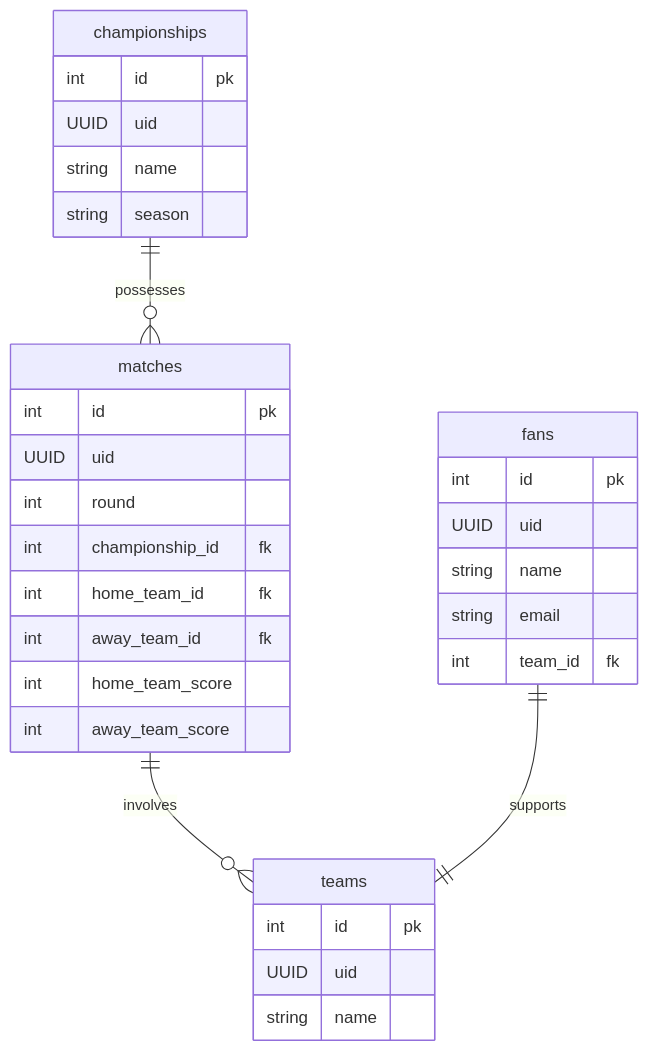
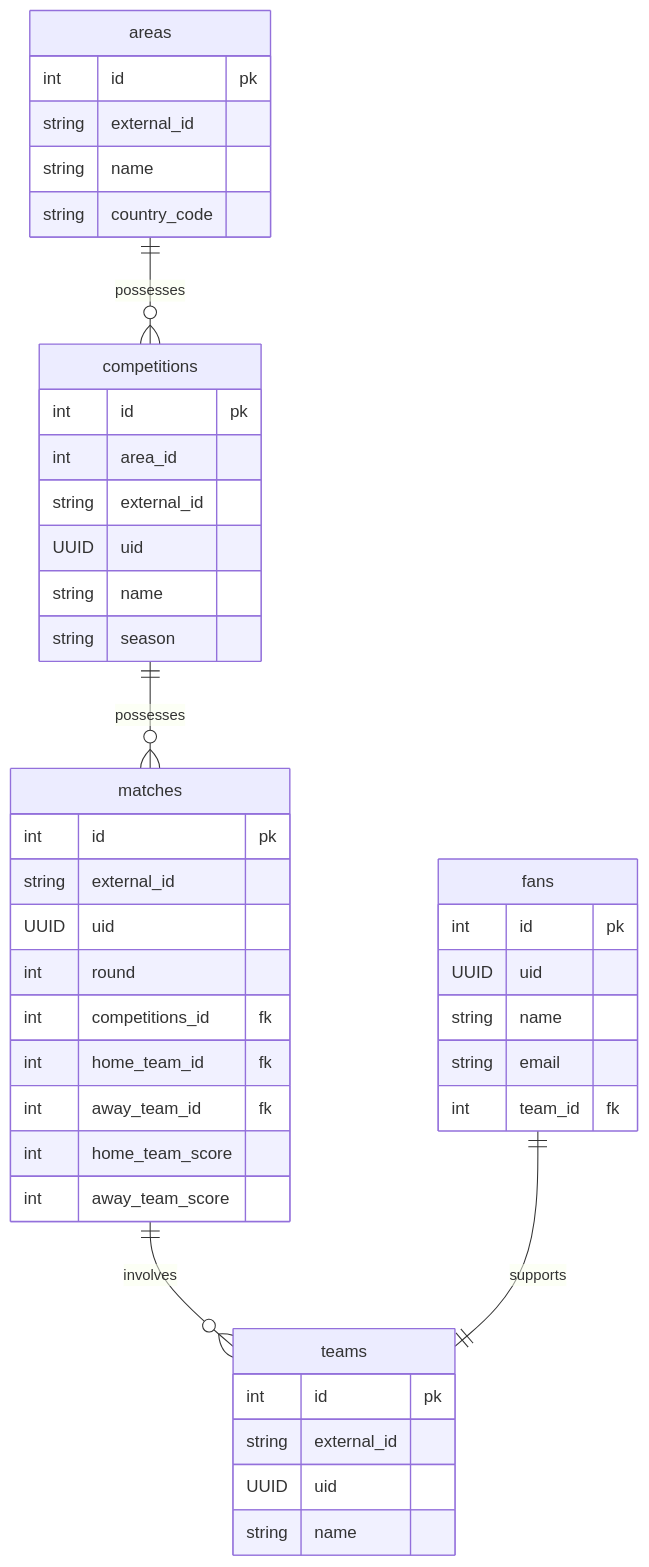
One commit to jtonynet/go-soccer-fan changed the diagram in README.md. Above: the diagram before and after it, drawn with Mermaid. The commit also changed other lines of this file and 15 other files, not shown here.

````diff
--- a/README.md
+++ b/README.md
@@ -138,38 +138,49 @@
 ```mermaid
 erDiagram
-    championships {
+    areas {
         int id pk
+        string external_id
+        string name
+        string country_code
+    }
+
+    competitions {
+        int id pk
+        int area_id
+        string external_id
         UUID uid
         string name
         string season
     }
     
     matches {
         int id pk
+        string external_id
         UUID uid
         int round
-        int championship_id fk
+        int competitions_id fk
         int home_team_id fk
         int away_team_id fk
         int home_team_score
         int away_team_score
     }
 
     teams {
         int id pk
+        string external_id
         UUID uid
         string name
     }
 
     fans {
         int id pk
         UUID uid
         string name
         string email
         int team_id fk
     }
-
-    championships ||--o{ matches : possesses
+    areas ||--o{ competitions : possesses
+    competitions ||--o{ matches : possesses
     matches ||--o{ teams : involves
     fans ||--|| teams : supports
 ```
````
